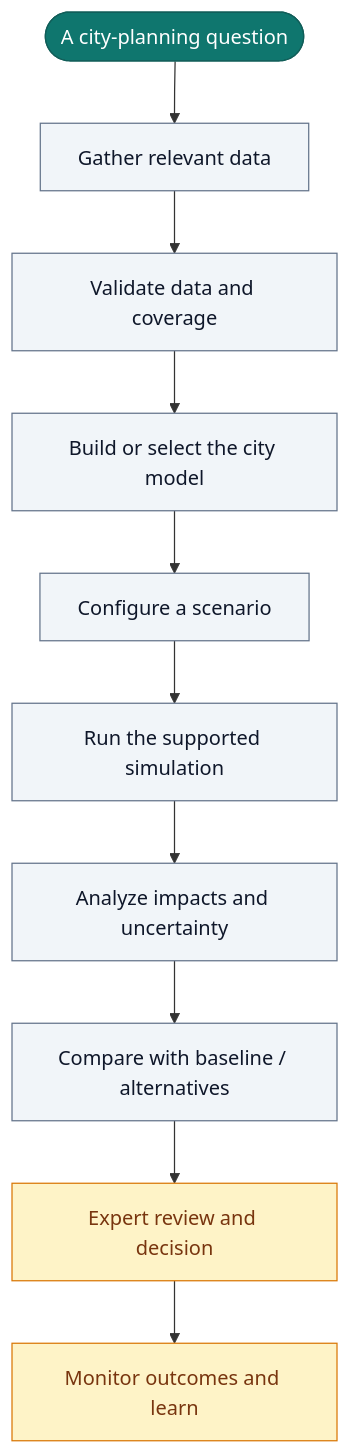
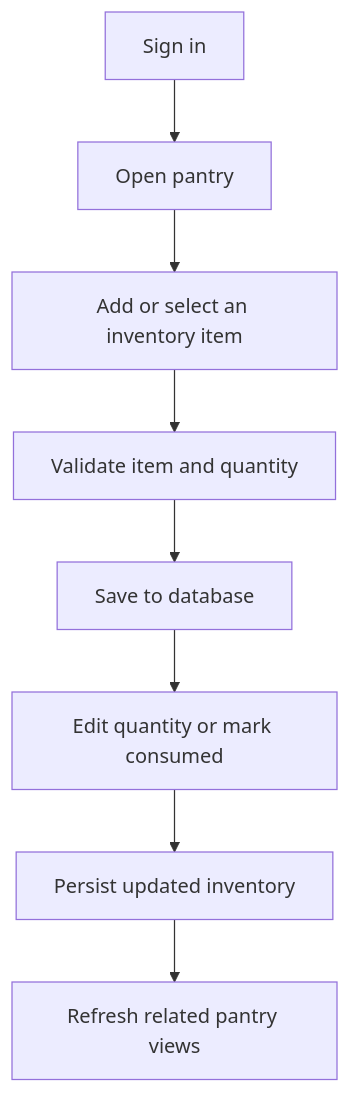
The third of 6 diagrams in README.md (1900690105/smartpantryai), drawn with Mermaid before and after one commit. The commit also changed other lines of this file, not shown here.

````diff
--- a/README.md
+++ b/README.md
@@ -102,19 +189,10 @@
 ```mermaid
 flowchart TD
-    Q(["A city-planning question"]) --> D["Gather relevant data"]
-    D --> V["Validate data and coverage"]
-    V --> M["Build or select the city model"]
-    M --> S["Configure a scenario"]
-    S --> R["Run the supported simulation"]
-    R --> A["Analyze impacts and uncertainty"]
-    A --> C["Compare with baseline / alternatives"]
-    C --> H["Expert review and decision"]
-    H --> P["Monitor outcomes and learn"]
-
-    classDef start fill:#0f766e,stroke:#115e59,color:#ffffff
-    classDef step fill:#f1f5f9,stroke:#64748b,color:#0f172a
-    classDef review fill:#fef3c7,stroke:#d97706,color:#78350f
-    class Q start
-    class D,V,M,S,R,A,C step
-    class H,P review
+    A["Sign in"] --> B["Open pantry"]
+    B --> C["Add or select an inventory item"]
+    C --> D["Validate item and quantity"]
+    D --> E["Save to database"]
+    E --> F["Edit quantity or mark consumed"]
+    F --> G["Persist updated inventory"]
+    G --> H["Refresh related pantry views"]
 ```
````
